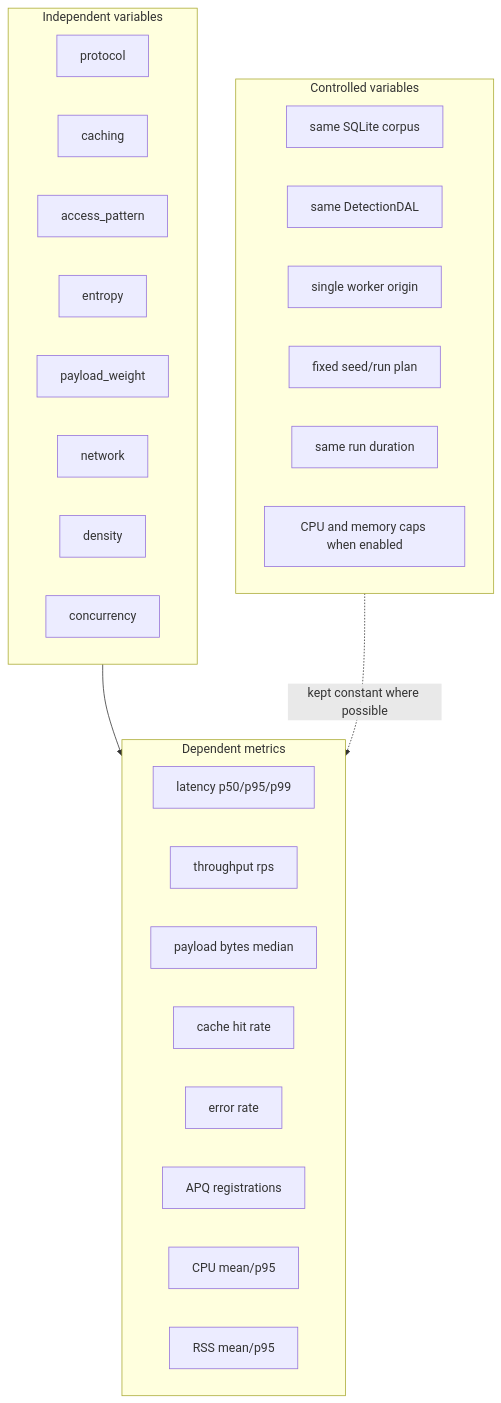
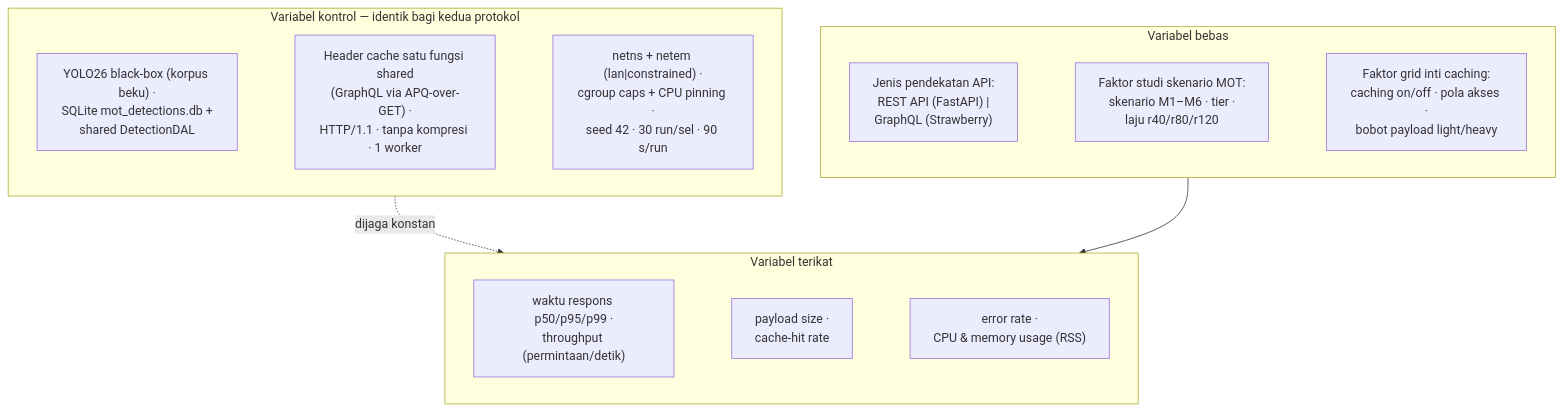
Before and after one commit to xinjhn/APEta: the diagram in laporan/figures/src/fig_16_variables_metrics_map.mmd, drawn with Mermaid. The commit also changed other lines of this file and 56 other files, not shown here.

```diff
--- a/laporan/figures/src/fig_16_variables_metrics_map.mmd
+++ b/laporan/figures/src/fig_16_variables_metrics_map.mmd
@@ -1,37 +1,18 @@
-%% Gambar III.2 - Pemetaan variabel bebas, kontrol, dan metrik
-%% Type: Concept map.
-%% Reference basis: experiment design in orchestrator/config.py and workload.js.
+%% Gambar III.1 — Pemetaan variabel bebas, terikat, dan kontrol (layout v4c: tiga baris 3-kolom, chain rows)
+%% Type: Concept map. Reference basis: Bab III (Variabel Penelitian), design/SCENARIO_DESIGN.md,
+%% orchestrator/config.py, k6/workload_mot.js + k6/workload.js, env_snapshot/ape_env.txt.
 flowchart TB
-    subgraph IV["Independent variables"]
-        protocol[protocol]
-        caching[caching]
-        access[access_pattern]
-        entropy[entropy]
-        payload[payload_weight]
-        network[network]
-        density[density]
-        concurrency[concurrency]
+    subgraph VB["Variabel bebas"]
+        direction LR
+        proto["Jenis pendekatan API:<br/>REST API (FastAPI) |<br/>GraphQL (Strawberry)"] ~~~ mot["Faktor studi skenario MOT:<br/>skenario M1–M6 · tier ·<br/>laju r40/r80/r120"] ~~~ grid["Faktor grid inti caching:<br/>caching on/off · pola akses ·<br/>bobot payload light/heavy"]
     end
-
-    subgraph Controls["Controlled variables"]
-        db[same SQLite corpus]
-        dal[same DetectionDAL]
-        worker[single worker origin]
-        seed[fixed seed/run plan]
-        duration[same run duration]
-        caps[CPU and memory caps when enabled]
+    subgraph VK["Variabel kontrol — identik bagi kedua protokol"]
+        direction LR
+        k1["YOLO26 black-box (korpus beku) ·<br/>SQLite mot_detections.db +<br/>shared DetectionDAL"] ~~~ k2["Header cache satu fungsi shared<br/>(GraphQL via APQ-over-GET) ·<br/>HTTP/1.1 · tanpa kompresi · 1 worker"] ~~~ k3["netns + netem (lan|constrained) ·<br/>cgroup caps + CPU pinning ·<br/>seed 42 · 30 run/sel · 90 s/run"]
     end
-
-    subgraph DV["Dependent metrics"]
-        lat[latency p50/p95/p99]
-        thr[throughput rps]
-        bytes[payload bytes median]
-        hit[cache hit rate]
-        err[error rate]
-        apq[APQ registrations]
-        cpu[CPU mean/p95]
-        rss[RSS mean/p95]
+    subgraph VT["Variabel terikat"]
+        direction LR
+        t1["waktu respons p50/p95/p99 ·<br/>throughput (permintaan/detik)"] ~~~ t2["payload size ·<br/>cache-hit rate"] ~~~ t3["error rate ·<br/>CPU & memory usage (RSS)"]
     end
-
-    IV --> DV
-    Controls -. "kept constant where possible" .-> DV
+    mot --> t2
+    k2 -. "dijaga konstan" .-> t2
```
